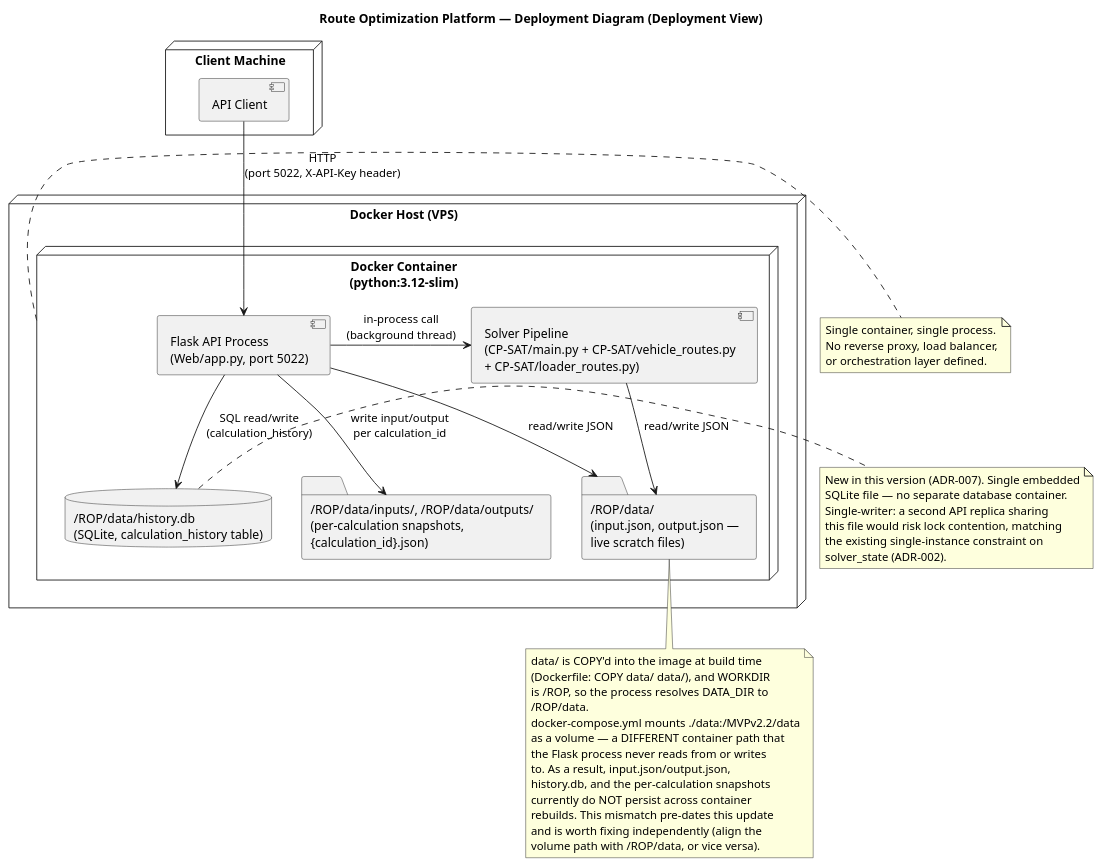
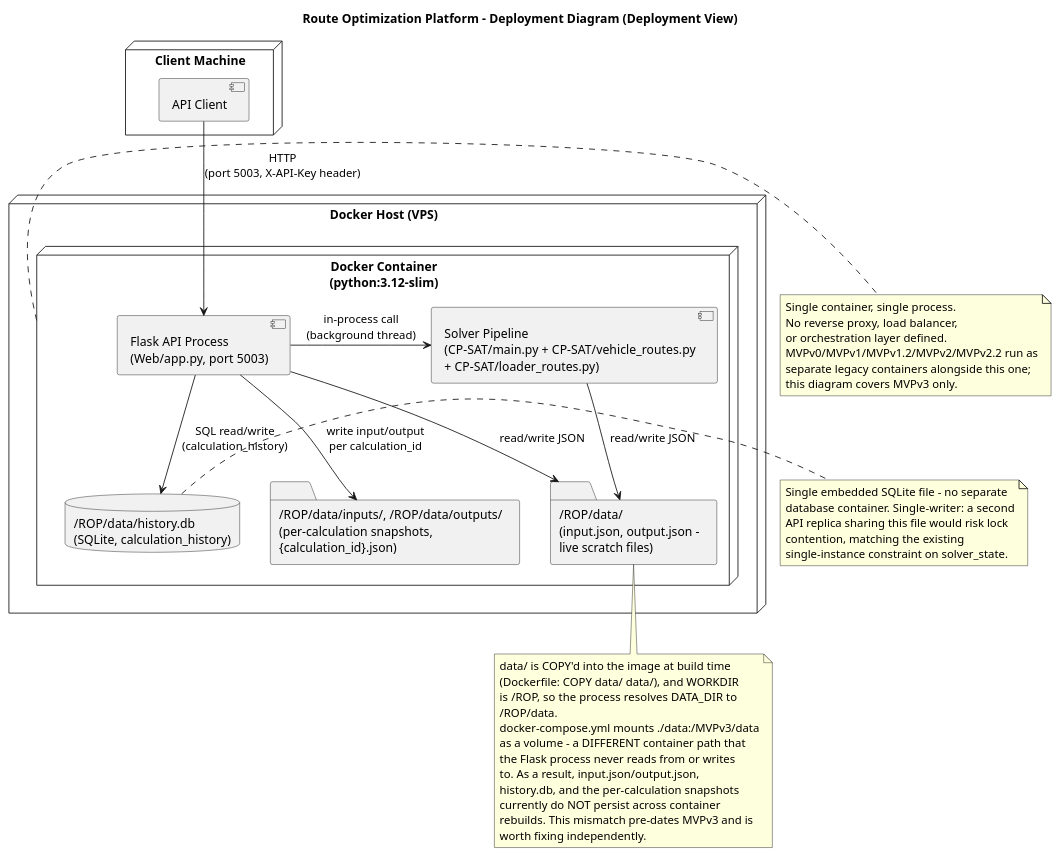
One commit to iu-students/route-optimization-platform changed the diagram in docs/architecture/deployment-view/deployment-diagram.puml. Above: the diagram before and after it, drawn with PlantUML. The commit also changed 14 other files, not shown here.

```diff
--- a/docs/architecture/deployment-view/deployment-diagram.puml
+++ b/docs/architecture/deployment-view/deployment-diagram.puml
@@ -1,56 +1,57 @@
 @startuml deployment-diagram
-title Route Optimization Platform — Deployment Diagram (Deployment View)
+title Route Optimization Platform - Deployment Diagram (Deployment View)
 
 node "Client Machine" as ClientNode {
   [API Client] as Client
 }
 
 node "Docker Host (VPS)" as Host {
   node "Docker Container\n(python:3.12-slim)" as Container {
-    component "Flask API Process\n(Web/app.py, port 5022)" as API
+    component "Flask API Process\n(Web/app.py, port 5003)" as API
     component "Solver Pipeline\n(CP-SAT/main.py + CP-SAT/vehicle_routes.py\n+ CP-SAT/loader_routes.py)" as Pipeline
-    folder "/ROP/data/\n(input.json, output.json —\nlive scratch files)" as DataDir
+    folder "/ROP/data/\n(input.json, output.json -\nlive scratch files)" as DataDir
     folder "/ROP/data/inputs/, /ROP/data/outputs/\n(per-calculation snapshots,\n{calculation_id}.json)" as Snapshots
-    database "/ROP/data/history.db\n(SQLite, calculation_history table)" as HistoryDB
+    database "/ROP/data/history.db\n(SQLite, calculation_history)" as HistoryDB
   }
 }
 
-Client -down-> API : HTTP\n(port 5022, X-API-Key header)
+Client -down-> API : HTTP\n(port 5003, X-API-Key header)
 API -right-> Pipeline : in-process call\n(background thread)
 Pipeline -down-> DataDir : read/write JSON
 API -down-> DataDir : read/write JSON
 API -down-> Snapshots : write input/output\nper calculation_id
 API -down-> HistoryDB : SQL read/write\n(calculation_history)
 
 note bottom of DataDir
   data/ is COPY'd into the image at build time
   (Dockerfile: COPY data/ data/), and WORKDIR
   is /ROP, so the process resolves DATA_DIR to
   /ROP/data.
-  docker-compose.yml mounts ./data:/MVPv2.2/data
-  as a volume — a DIFFERENT container path that
+  docker-compose.yml mounts ./data:/MVPv3/data
+  as a volume - a DIFFERENT container path that
   the Flask process never reads from or writes
   to. As a result, input.json/output.json,
   history.db, and the per-calculation snapshots
   currently do NOT persist across container
-  rebuilds. This mismatch pre-dates this update
-  and is worth fixing independently (align the
-  volume path with /ROP/data, or vice versa).
+  rebuilds. This mismatch pre-dates MVPv3 and is
+  worth fixing independently.
 end note
 
 note right of HistoryDB
-  New in this version (ADR-007). Single embedded
-  SQLite file — no separate database container.
-  Single-writer: a second API replica sharing
-  this file would risk lock contention, matching
-  the existing single-instance constraint on
-  solver_state (ADR-002).
+  Single embedded SQLite file - no separate
+  database container. Single-writer: a second
+  API replica sharing this file would risk lock
+  contention, matching the existing
+  single-instance constraint on solver_state.
 end note
 
 note right of Container
   Single container, single process.
   No reverse proxy, load balancer,
   or orchestration layer defined.
+  MVPv0/MVPv1/MVPv1.2/MVPv2/MVPv2.2 run as
+  separate legacy containers alongside this one;
+  this diagram covers MVPv3 only.
 end note
 
 @enduml
```
